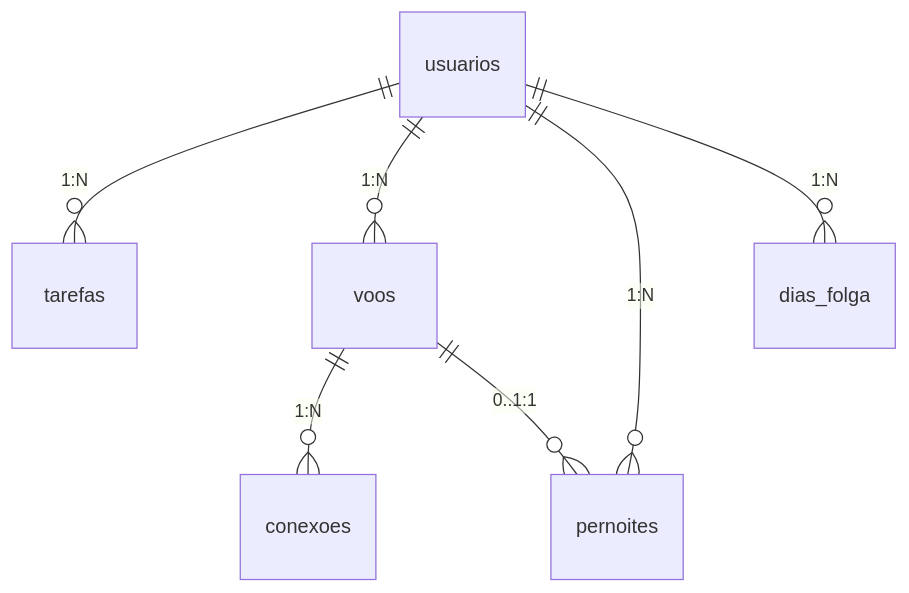
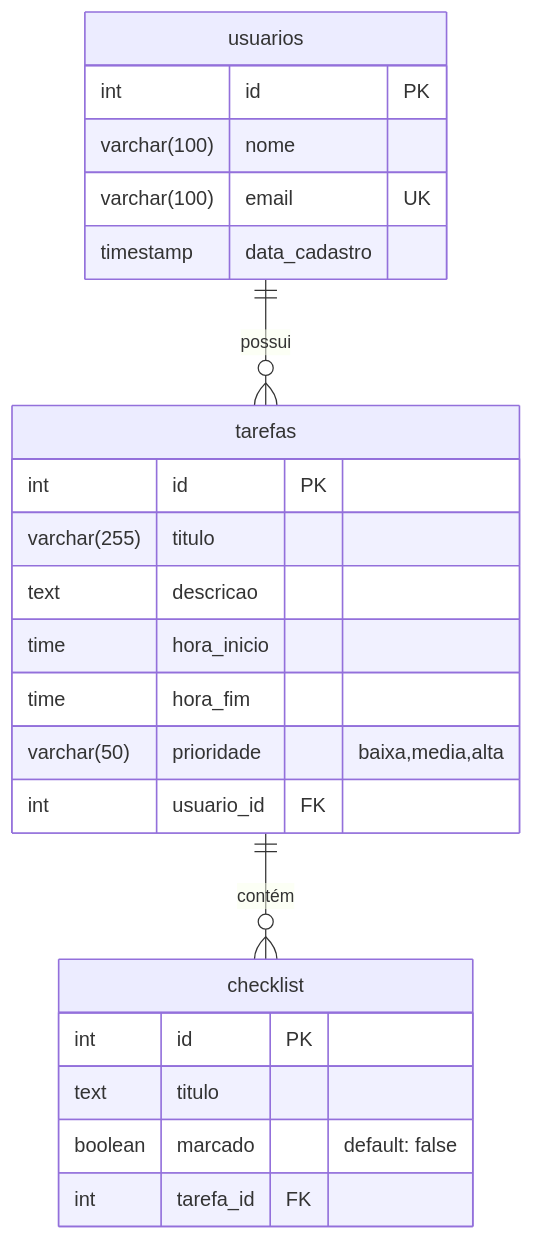
Before and after one commit to Mirelasbianchi/projeto_individual_mbfly: the diagram in documentos/wad.md, drawn with Mermaid. The commit also changed other lines of this file, not shown here.

````diff
--- a/documentos/wad.md
+++ b/documentos/wad.md
@@ -74,9 +74,29 @@
 ```mermaid
 erDiagram
-    usuarios ||--o{ tarefas : "1:N"
-    usuarios ||--o{ voos : "1:N"
-    usuarios ||--o{ pernoites : "1:N"
-    usuarios ||--o{ dias_folga : "1:N"
-    voos ||--o{ conexoes : "1:N"
-    voos ||--o{ pernoites : "0..1:1"
+    usuarios ||--o{ tarefas : "possui"
+    tarefas ||--o{ checklist : "contém"
+    
+    usuarios {
+        int id PK
+        varchar(100) nome
+        varchar(100) email UK
+        timestamp data_cadastro
+    }
+    
+    tarefas {
+        int id PK
+        varchar(255) titulo
+        text descricao
+        time hora_inicio
+        time hora_fim
+        varchar(50) prioridade "baixa,media,alta"
+        int usuario_id FK
+    }
+    
+    checklist {
+        int id PK
+        text titulo
+        boolean marcado "default: false"
+        int tarefa_id FK
+    }
 ```
````
